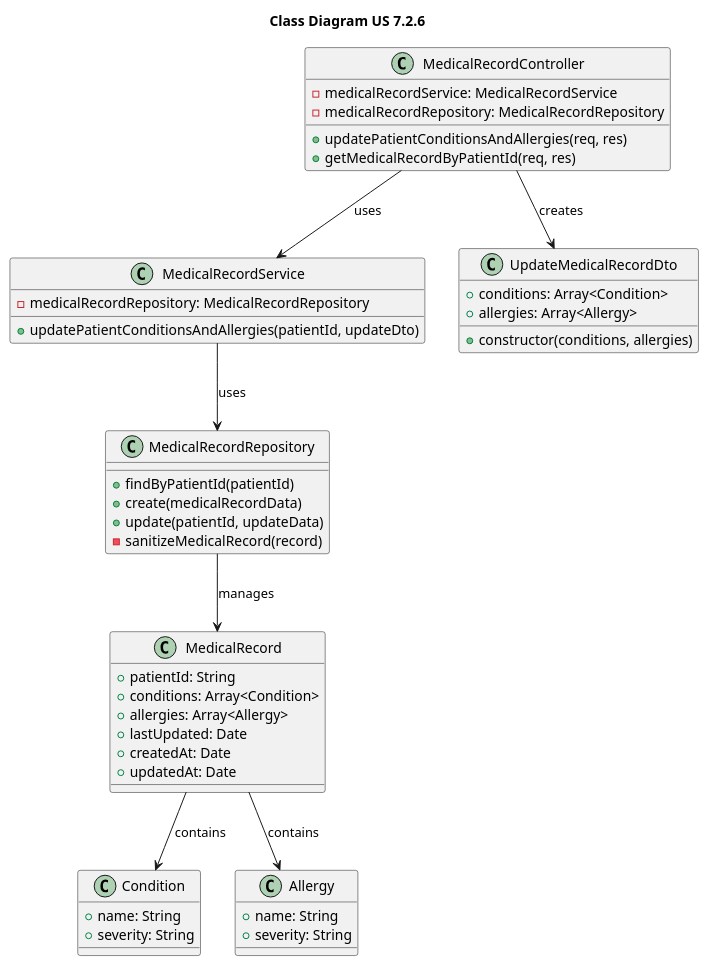
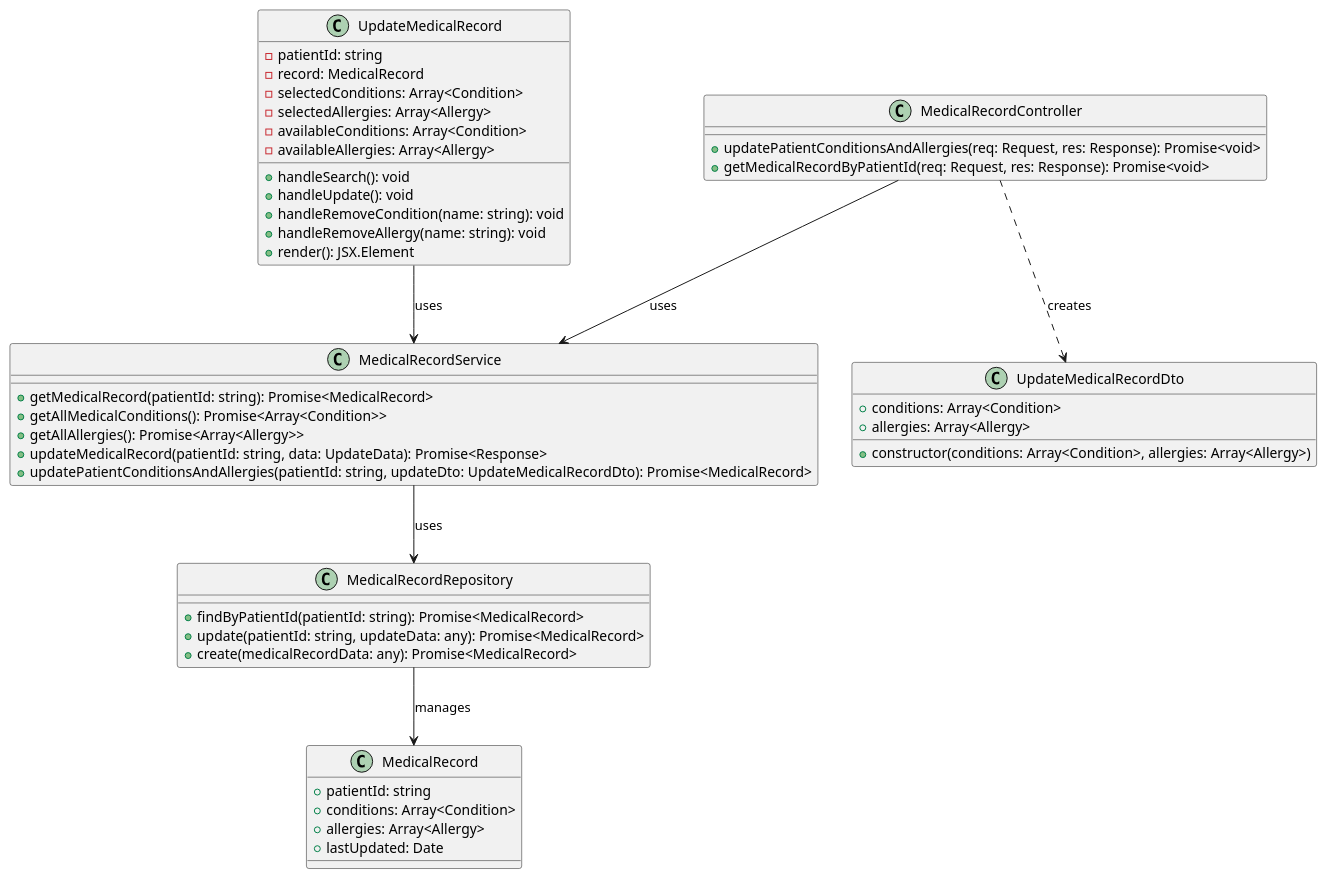
The diagram in docs/Sprint3/US 7.2.6/CD.puml (HugBar/3DC_G17), drawn with PlantUML before and after one commit. The commit also changed 5 other files, not shown here.

```diff
--- a/docs/Sprint3/US 7.2.6/CD.puml
+++ b/docs/Sprint3/US 7.2.6/CD.puml
@@ -1,55 +1,61 @@
-@startuml namespace class Diagram 
-title "Class Diagram US 7.2.6"
+@startuml Update Medical Record Class Diagram
 
-class MedicalRecordController {
-    -medicalRecordService: MedicalRecordService
-    -medicalRecordRepository: MedicalRecordRepository
-    +updatePatientConditionsAndAllergies(req, res)
-    +getMedicalRecordByPatientId(req, res)
+' Frontend Components
+class UpdateMedicalRecord {
+  -patientId: string
+  -record: MedicalRecord
+  -selectedConditions: Array<Condition>
+  -selectedAllergies: Array<Allergy>
+  -availableConditions: Array<Condition>
+  -availableAllergies: Array<Allergy>
+  +handleSearch(): void
+  +handleUpdate(): void
+  +handleRemoveCondition(name: string): void
+  +handleRemoveAllergy(name: string): void
+  +render(): JSX.Element
 }
 
 class MedicalRecordService {
-    -medicalRecordRepository: MedicalRecordRepository
-    +updatePatientConditionsAndAllergies(patientId, updateDto)
+  +getMedicalRecord(patientId: string): Promise<MedicalRecord>
+  +getAllMedicalConditions(): Promise<Array<Condition>>
+  +getAllAllergies(): Promise<Array<Allergy>>
+  +updateMedicalRecord(patientId: string, data: UpdateData): Promise<Response>
+}
+
+' Backend Components
+class MedicalRecordController {
+  +updatePatientConditionsAndAllergies(req: Request, res: Response): Promise<void>
+  +getMedicalRecordByPatientId(req: Request, res: Response): Promise<void>
+}
+
+class MedicalRecordService {
+  +updatePatientConditionsAndAllergies(patientId: string, updateDto: UpdateMedicalRecordDto): Promise<MedicalRecord>
 }
 
 class MedicalRecordRepository {
-    +findByPatientId(patientId)
-    +create(medicalRecordData)
-    +update(patientId, updateData)
-    -sanitizeMedicalRecord(record)
+  +findByPatientId(patientId: string): Promise<MedicalRecord>
+  +update(patientId: string, updateData: any): Promise<MedicalRecord>
+  +create(medicalRecordData: any): Promise<MedicalRecord>
+}
+
+class UpdateMedicalRecordDto {
+  +conditions: Array<Condition>
+  +allergies: Array<Allergy>
+  +constructor(conditions: Array<Condition>, allergies: Array<Allergy>)
 }
 
 class MedicalRecord {
-    +patientId: String
-    +conditions: Array<Condition>
-    +allergies: Array<Allergy>
-    +lastUpdated: Date
-    +createdAt: Date
-    +updatedAt: Date
+  +patientId: string
+  +conditions: Array<Condition>
+  +allergies: Array<Allergy>
+  +lastUpdated: Date
 }
 
-class UpdateMedicalRecordDto {
-    +conditions: Array<Condition>
-    +allergies: Array<Allergy>
-    +constructor(conditions, allergies)
-}
-
-class Condition {
-    +name: String
-    +severity: String
-}
-
-class Allergy {
-    +name: String
-    +severity: String
-}
-
-MedicalRecordController --> MedicalRecordService : uses
-MedicalRecordController --> UpdateMedicalRecordDto : creates
-MedicalRecordService --> MedicalRecordRepository : uses
-MedicalRecordRepository --> MedicalRecord : manages
-MedicalRecord --> Condition : contains
-MedicalRecord --> Allergy : contains
+' Relationships
+UpdateMedicalRecord --> MedicalRecordService: uses
+MedicalRecordController --> MedicalRecordService: uses
+MedicalRecordService --> MedicalRecordRepository: uses
+MedicalRecordController ..> UpdateMedicalRecordDto: creates
+MedicalRecordRepository --> MedicalRecord: manages
 
 @enduml
```
